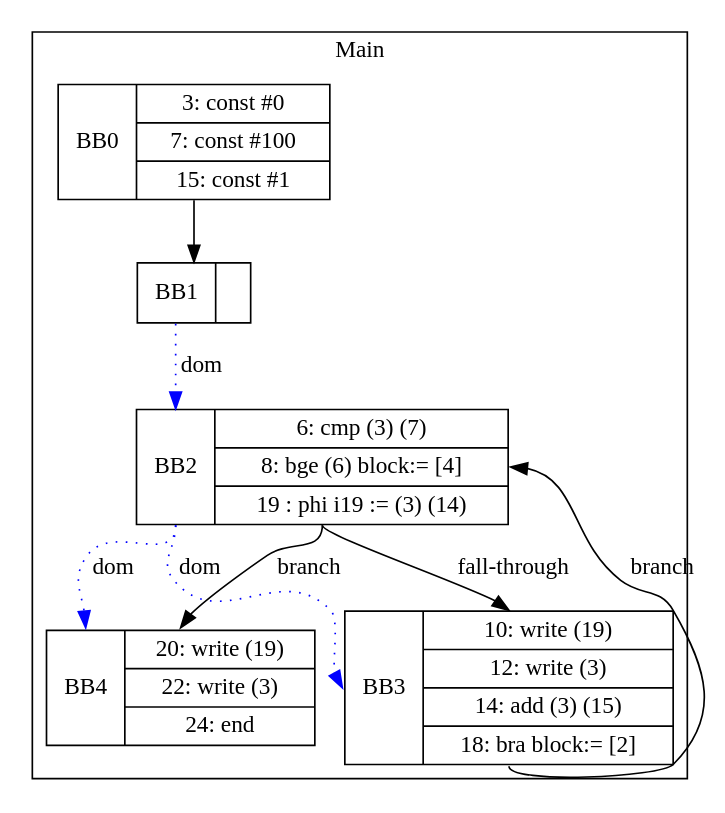
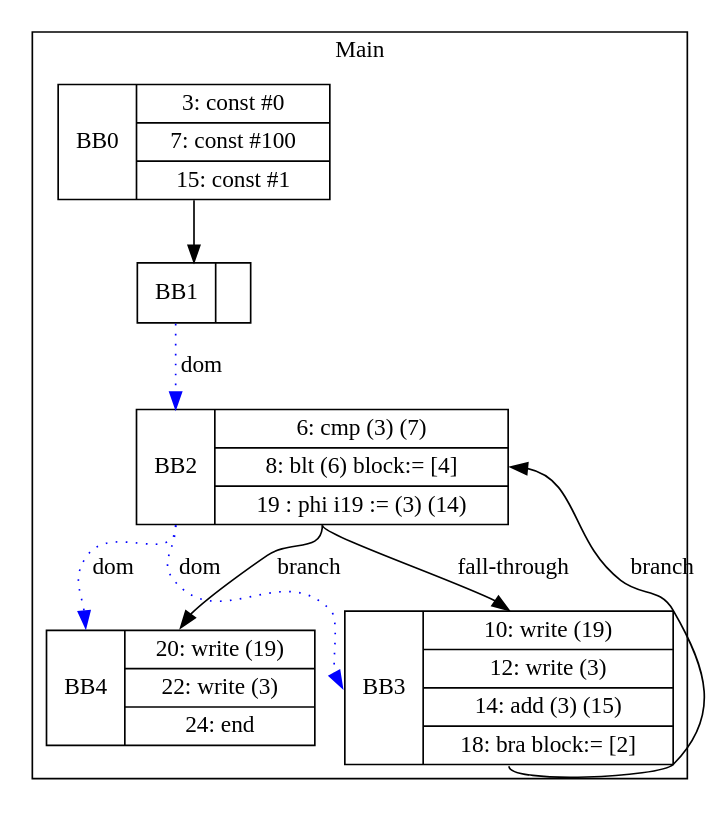
One commit to zjc664656505/UCI-CS241-Advanced-Compiler-main changed the diagram in visualization/phillip/copyPropagationWithLoopPhis/basic.gv. Above: the diagram before and after it, drawn with Graphviz. The commit also changed 46 other files, not shown here.

```diff
--- a/visualization/phillip/copyPropagationWithLoopPhis/basic.gv
+++ b/visualization/phillip/copyPropagationWithLoopPhis/basic.gv
@@ -1,18 +1,18 @@
 digraph G {
 node [shape=record];
 subgraph cluster_main{
 label = "Main";
 BB0 [shape=record, label="<b>BB0|{3: const #0|7: const #100|15: const #1}"];
 BB1 [shape=record, label="<b>BB1|}"];
-BB2 [shape=record, label="<b>BB2|{6: cmp (3) (7)|8: bge (6) block:= [4]|19 : phi i19 := (3) (14)}"];
+BB2 [shape=record, label="<b>BB2|{6: cmp (3) (7)|8: blt (6) block:= [4]|19 : phi i19 := (3) (14)}"];
 BB3 [shape=record, label="<b>BB3|{10: write (19)|12: write (3)|14: add (3) (15)|18: bra block:= [2]}"];
 BB4 [shape=record, label="<b>BB4|{20: write (19)|22: write (3)|24: end}"];
 }
 BB0:s -> BB1:n ;
 BB2:b -> BB3:b [color=blue, style=dotted, label="dom"];
 BB2:b -> BB4:b [color=blue, style=dotted, label="dom"];
 BB1:b -> BB2:b [color=blue, style=dotted, label="dom"];
 BB2:s -> BB4:n [label="branch"];
 BB3:s -> BB2:e [label="branch"];
 BB2:s -> BB3:n [label="fall-through"];
 }
```
